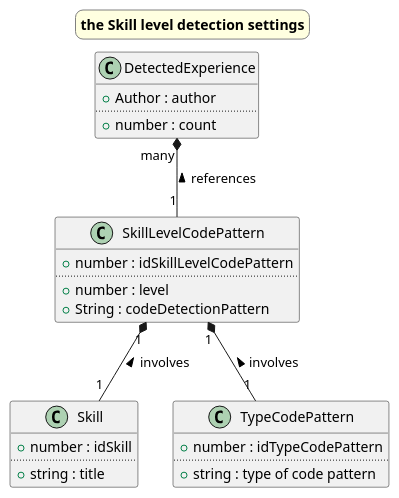
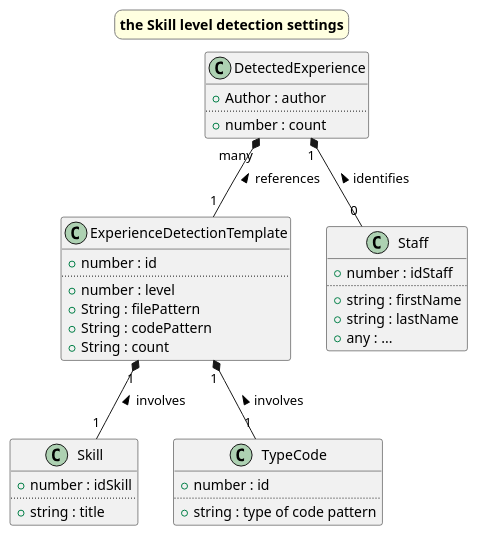
One commit to fitzhi/application changed the diagram in back-fitzhi/doc/skill-level-detection.adoc. Above: the diagram before and after it, drawn with PlantUML. The commit also changed 8 other files, not shown here.

Commit message:
[Back][IMPL] Experience detection process

```diff
--- a/back-fitzhi/doc/skill-level-detection.adoc
+++ b/back-fitzhi/doc/skill-level-detection.adoc
@@ -1,43 +1,54 @@
 [plantuml, Skill Level Detection diagram]
 ....
 @startuml
 
 skinparam titleBorderRoundCorner 15
 skinparam titleBorderThickness 1
 skinparam titleBorderColor grey
 skinparam titleBackgroundColor lightYellow
 
 title the Skill level detection settings
 
 class DetectedExperience {
 + {field} Author : author
 ..
 + {field} number : count
 }
 
-class SkillLevelCodePattern {
-+ {field} number : idSkillLevelCodePattern
+class ExperienceDetectionTemplate {
++ {field} number : id
 ..
 + {field} number : level
-+ {field} String : codeDetectionPattern
++ {field} String : filePattern
++ {field} String : codePattern
++ {field} String : count
 }
 
 
 class Skill {
 + {field} number : idSkill
 ..
 + {field} string : title
 }
 
-class TypeCodePattern {
-+ {field} number : idTypeCodePattern
+class TypeCode {
++ {field} number : id
 ..
 + {field} string : type of code pattern
 }
 
-DetectedExperience "many" *-- "1" SkillLevelCodePattern : references <
-SkillLevelCodePattern "1" *-- "1" Skill : involves <
-SkillLevelCodePattern "1" *-- "1" TypeCodePattern : involves <
+class Staff {
++ {field} number : idStaff
+..
++ {field} string : firstName
++ {field} string : lastName
++ {field} any : ...
+}
+
+DetectedExperience "many" *-- "1" ExperienceDetectionTemplate : references <
+ExperienceDetectionTemplate "1" *-- "1" Skill : involves <
+ExperienceDetectionTemplate "1" *-- "1" TypeCode : involves <
+DetectedExperience "1" *-- "0" Staff : identifies <
 
 @enduml
 ....
```
